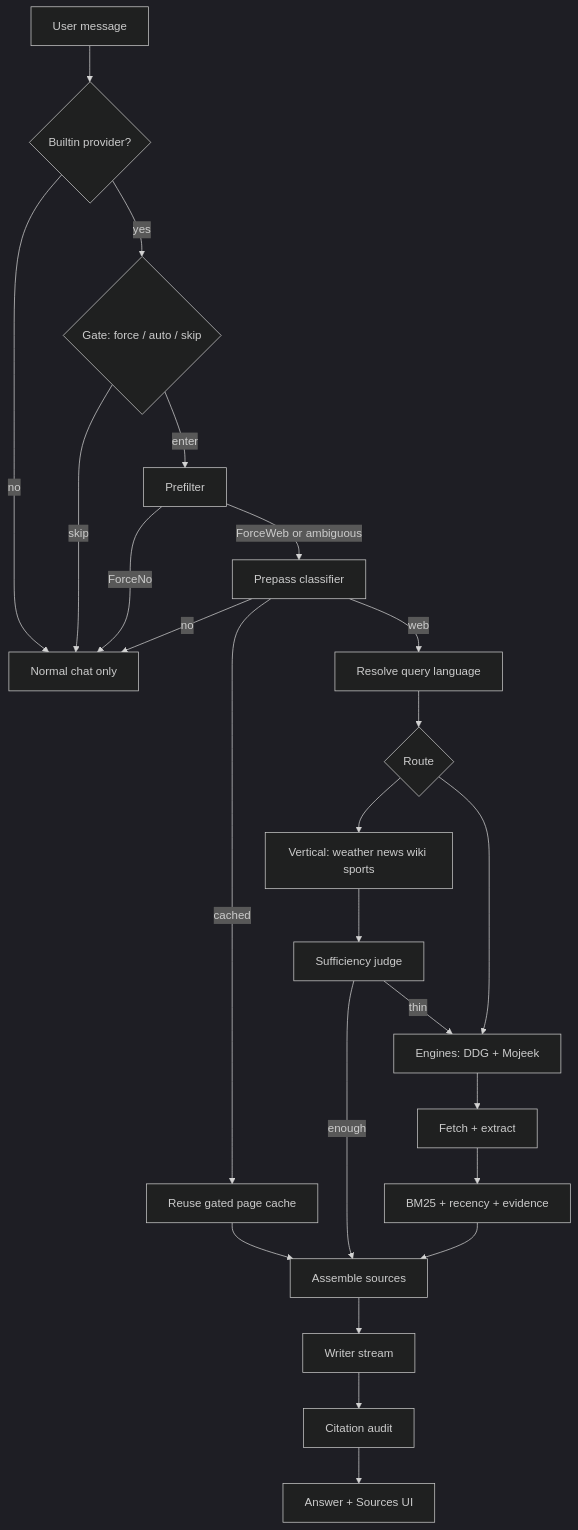
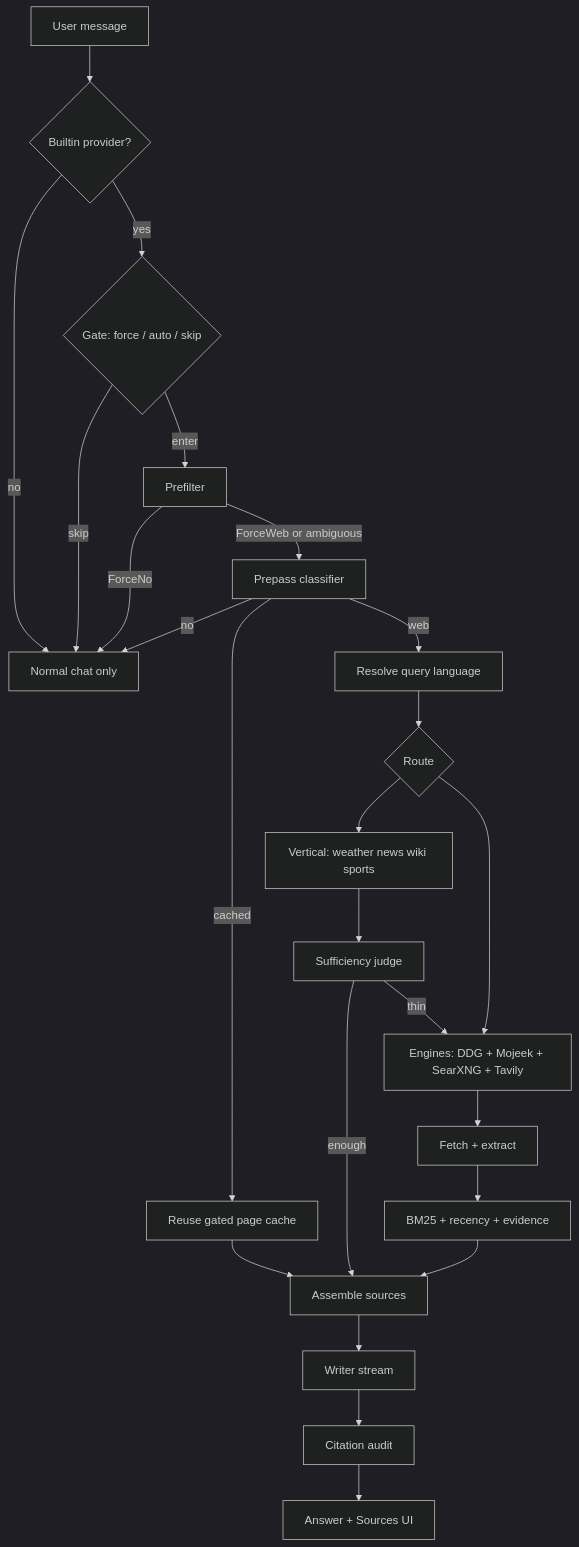
One commit to bhaochen/ncopy changed the diagram in docs/built-in-web-search.md. Above: the diagram before and after it, drawn with Mermaid (dark theme). The commit also changed other lines of this file and 2 other files, not shown here.

First line of the commit message:
docs: document SearXNG/Tavily engine set across search docs

````diff
--- a/docs/built-in-web-search.md
+++ b/docs/built-in-web-search.md
@@ -159,26 +163,26 @@
 ```mermaid
 flowchart TD
   A[User message] --> B{Builtin provider?}
   B -->|no| Z[Normal chat only]
   B -->|yes| C{Gate: force / auto / skip}
   C -->|skip| Z
   C -->|enter| D[Prefilter]
   D -->|ForceNo| Z
   D -->|ForceWeb or ambiguous| E[Prepass classifier]
   E -->|no| Z
   E -->|cached| F[Reuse gated page cache]
   E -->|web| L0[Resolve query language]
   L0 --> G{Route}
   G --> H[Vertical: weather news wiki sports]
-  G --> I[Engines: DDG + Mojeek]
+  G --> I[Engines: DDG + Mojeek + SearXNG + Tavily]
   H --> J[Sufficiency judge]
   J -->|enough| K[Assemble sources]
   J -->|thin| I
   I --> L[Fetch + extract]
   L --> M[BM25 + recency + evidence]
   M --> K
   F --> K
   K --> N[Writer stream]
   N --> O[Citation audit]
   O --> P[Answer + Sources UI]
 ```
````
